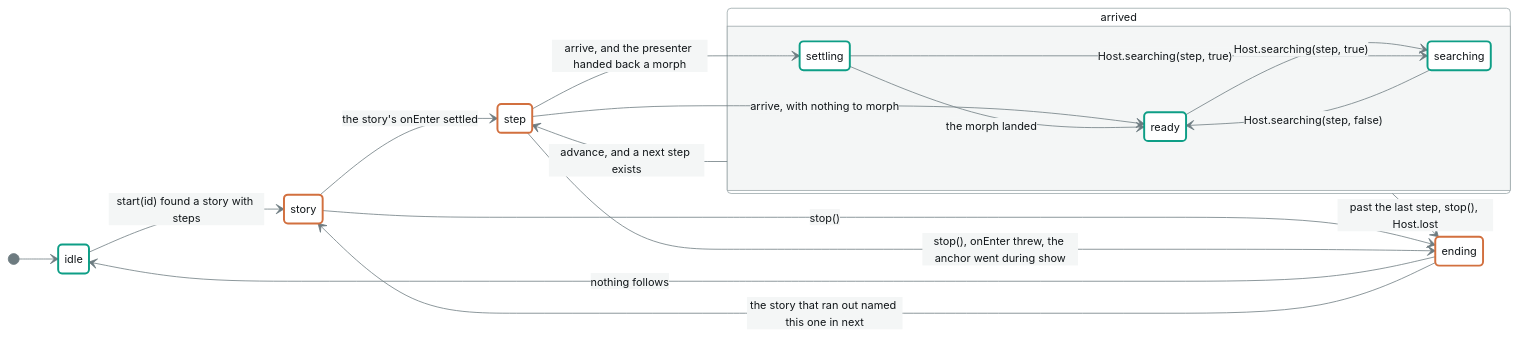
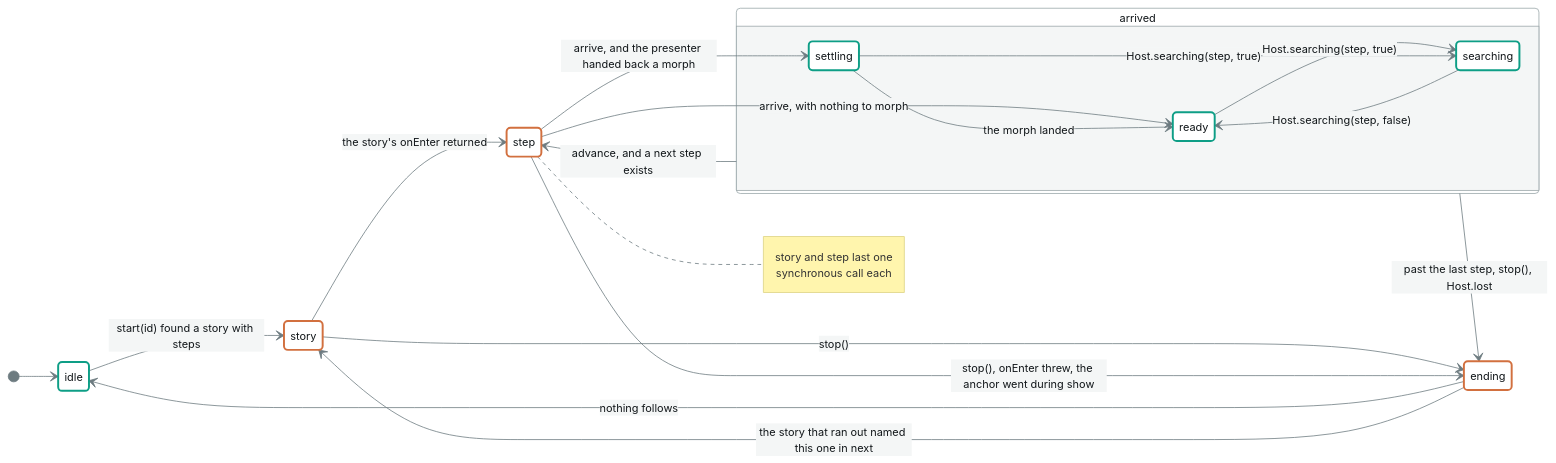
One commit to annetaan/leko changed the first of 2 diagrams in packages/machine/model/phases.md. Above: the diagram before and after it, drawn with Mermaid. The commit also changed other lines of this file and 47 other files, not shown here.

````diff
--- a/packages/machine/model/phases.md
+++ b/packages/machine/model/phases.md
@@ -38,34 +38,38 @@
 ```mermaid
 %%{init: {'theme':'base','themeVariables':{'background':'#F4F6F6','primaryColor':'#FFFFFF','primaryTextColor':'#12171A','primaryBorderColor':'#9AA6A9','lineColor':'#6D7B80','textColor':'#12171A','edgeLabelBackground':'#F4F6F6','tertiaryColor':'#E9EDED','tertiaryTextColor':'#12171A','fontSize':'14px'}}}%%
 stateDiagram-v2
   direction LR
 
   [*] --> idle
   idle --> story : start(id) found a story with steps
 
-  story --> step : the story's onEnter settled
+  story --> step : the story's onEnter returned
 
   step --> ready : arrive, with nothing to morph
   step --> settling : arrive, and the presenter handed back a morph
 
   state arrived {
     settling --> ready : the morph landed
     ready --> searching : Host.searching(step, true)
     settling --> searching : Host.searching(step, true)
     searching --> ready : Host.searching(step, false)
   }
 
   arrived --> step : advance, and a next step exists
   arrived --> ending : past the last step, stop(), Host.lost
   story --> ending : stop()
   step --> ending : stop(), onEnter threw, the anchor went during show
+  note right of step
+    story and step last one
+    synchronous call each
+  end note
 
   ending --> idle : nothing follows
   ending --> story : the story that ran out named this one in next
 
   classDef open stroke:#0E9E86,stroke-width:2.5px
   classDef shut stroke:#D2703F,stroke-width:2.5px
 
   class idle,ready,settling,searching open
   class story,step,ending shut
 ```
````
